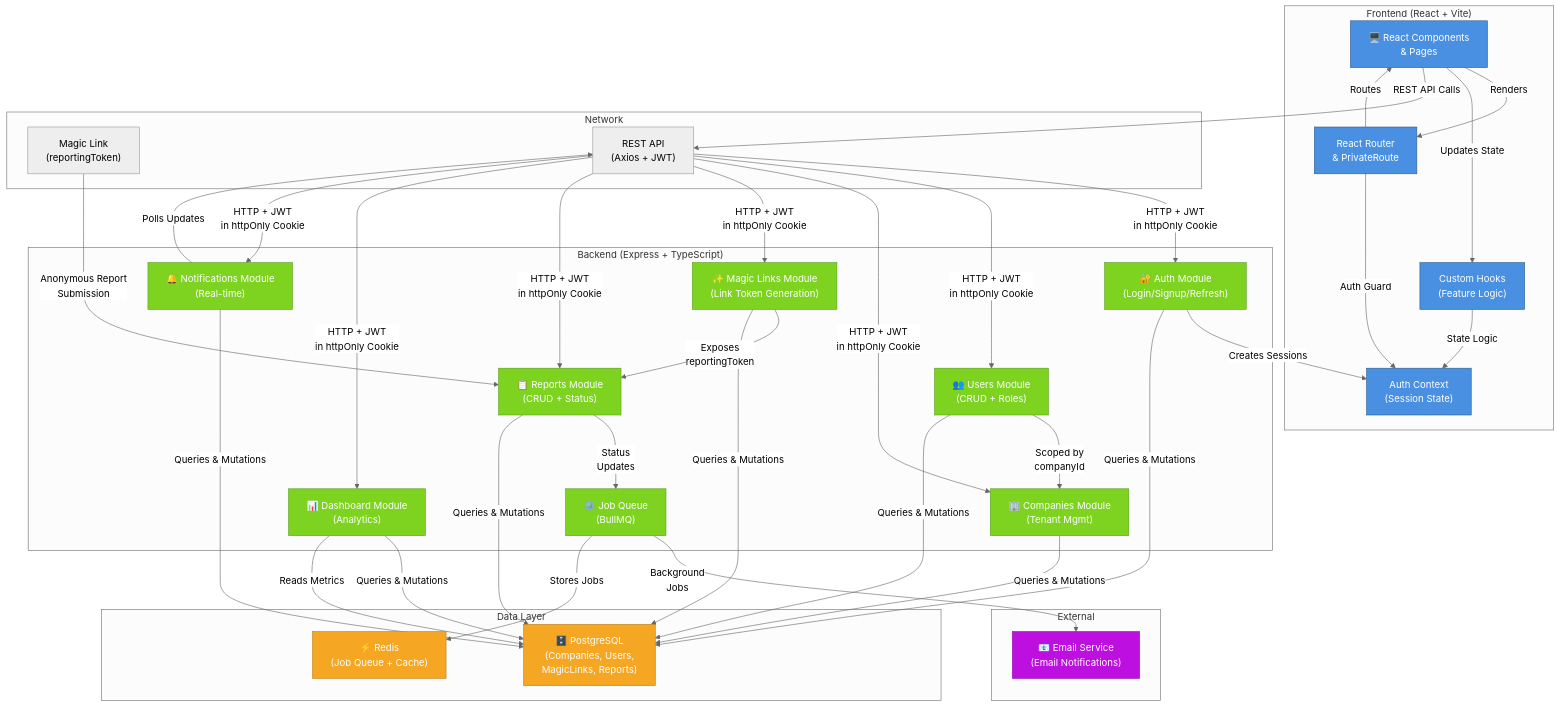
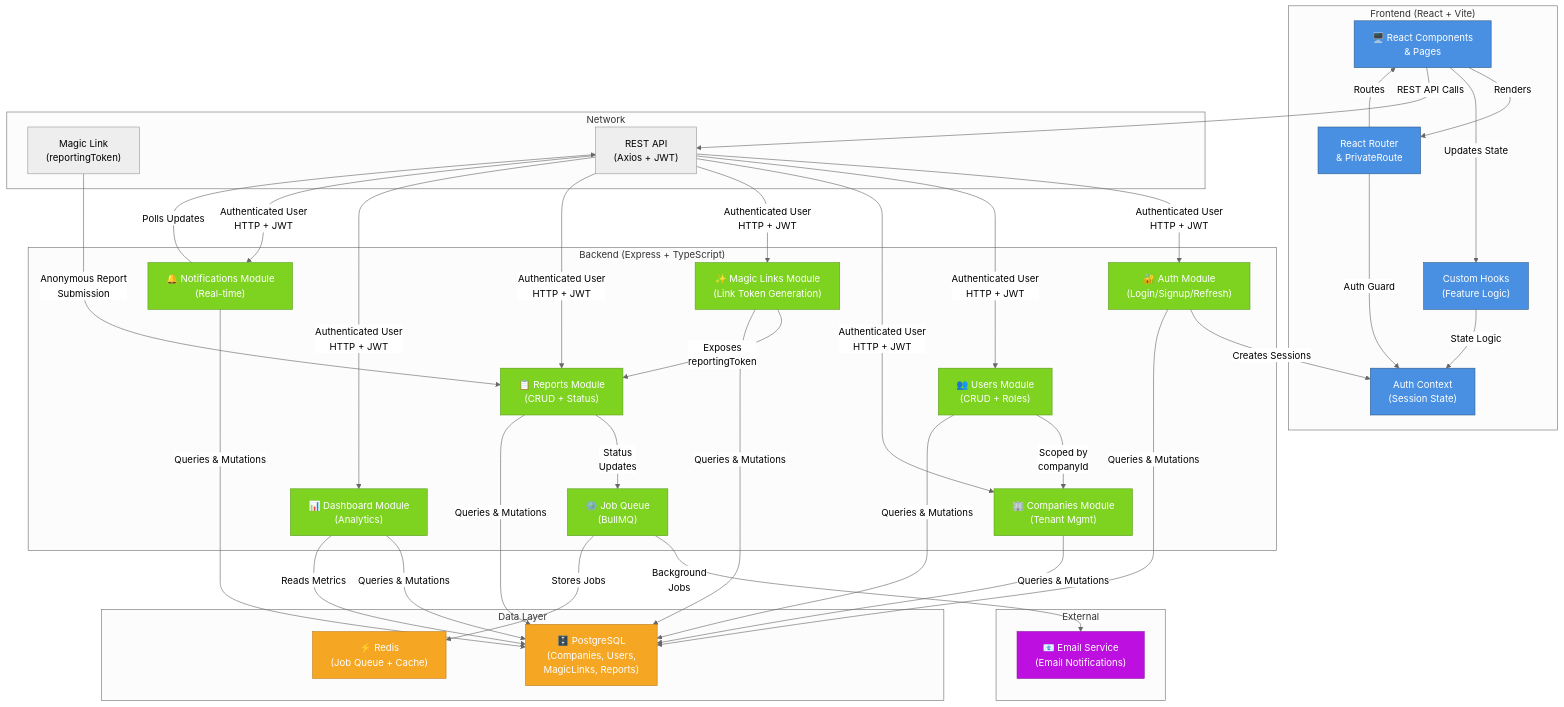
The diagram in readme.md (hxfLucas/simplyAnonymousReporting), drawn with Mermaid (neutral theme) before and after one commit.

Commit message:
fix: clarify API authentication description in README

````diff
--- a/readme.md
+++ b/readme.md
@@ -46,72 +46,72 @@
 ```mermaid
 graph TB
     subgraph "Frontend (React + Vite)"
         UI["🖥️ React Components<br/>& Pages"]
         Router["React Router<br/>& PrivateRoute"]
         AuthContext["Auth Context<br/>(Session State)"]
         Hooks["Custom Hooks<br/>(Feature Logic)"]
     end
 
     subgraph "Network"
         MagicLink["Magic Link<br/>(reportingToken)"]
         API["REST API<br/>(Axios + JWT)"]
     end
 
     subgraph "Backend (Express + TypeScript)"
         Auth["🔐 Auth Module<br/>(Login/Signup/Refresh)"]
         Users["👥 Users Module<br/>(CRUD + Roles)"]
         Companies["🏢 Companies Module<br/>(Tenant Mgmt)"]
         MagicLinks["✨ Magic Links Module<br/>(Link Token Generation)"]
         Reports["📋 Reports Module<br/>(CRUD + Status)"]
         Dashboard["📊 Dashboard Module<br/>(Analytics)"]
         Notifications["🔔 Notifications Module<br/>(Real-time)"]
         Queue["⚙️ Job Queue<br/>(BullMQ)"]
     end
 
     subgraph "Data Layer"
         DB["🗄️ PostgreSQL<br/>(Companies, Users,<br/>MagicLinks, Reports)"]
         Redis["⚡ Redis<br/>(Job Queue + Cache)"]
     end
 
     subgraph "External"
         Email["📧 Email Service<br/>(Email Notifications)"]
     end
 
     %% Frontend flows
     UI -->|Renders| Router
     Router -->|Routes| UI
     Router -->|Auth Guard| AuthContext
     Hooks -->|State Logic| AuthContext
     UI -->|Updates State| Hooks
 
     %% Frontend to Backend
     UI -->|REST API Calls| API
-    API -->|HTTP + JWT<br/>in httpOnly Cookie| Auth & Users & Companies & MagicLinks & Reports & Dashboard & Notifications
+    API -->|Authenticated User<br/>HTTP + JWT| Auth & Users & Companies & MagicLinks & Reports & Dashboard & Notifications
 
     %% Magic Link flow (public)
     MagicLink -->|Anonymous Report<br/>Submission| Reports
 
     %% Backend internal flows
     Auth -->|Creates Sessions| AuthContext
     Users -->|Scoped by<br/>companyId| Companies
     MagicLinks -->|Exposes<br/>reportingToken| Reports
     Reports -->|Status<br/>Updates| Queue
     Queue -->|Background<br/>Jobs| Email
     Notifications -->|Polls Updates| API
 
     %% Backend to Data Layer
     Auth & Users & Companies & MagicLinks & Reports & Dashboard & Notifications -->|Queries & Mutations| DB
     Queue -->|Stores Jobs| Redis
     Dashboard -->|Reads Metrics| DB
 
     %% Styling
     classDef frontend fill:#4A90E2,stroke:#2E5C8A,color:#fff
     classDef backend fill:#7ED321,stroke:#5A9E1F,color:#fff
     classDef data fill:#F5A623,stroke:#C07E1B,color:#fff
     classDef external fill:#BD10E0,stroke:#8B0AA8,color:#fff
     
     class UI,Router,AuthContext,Hooks frontend
     class Auth,Users,Companies,MagicLinks,Reports,Dashboard,Notifications,Queue backend
     class DB,Redis data
     class Email external
 ```
````
